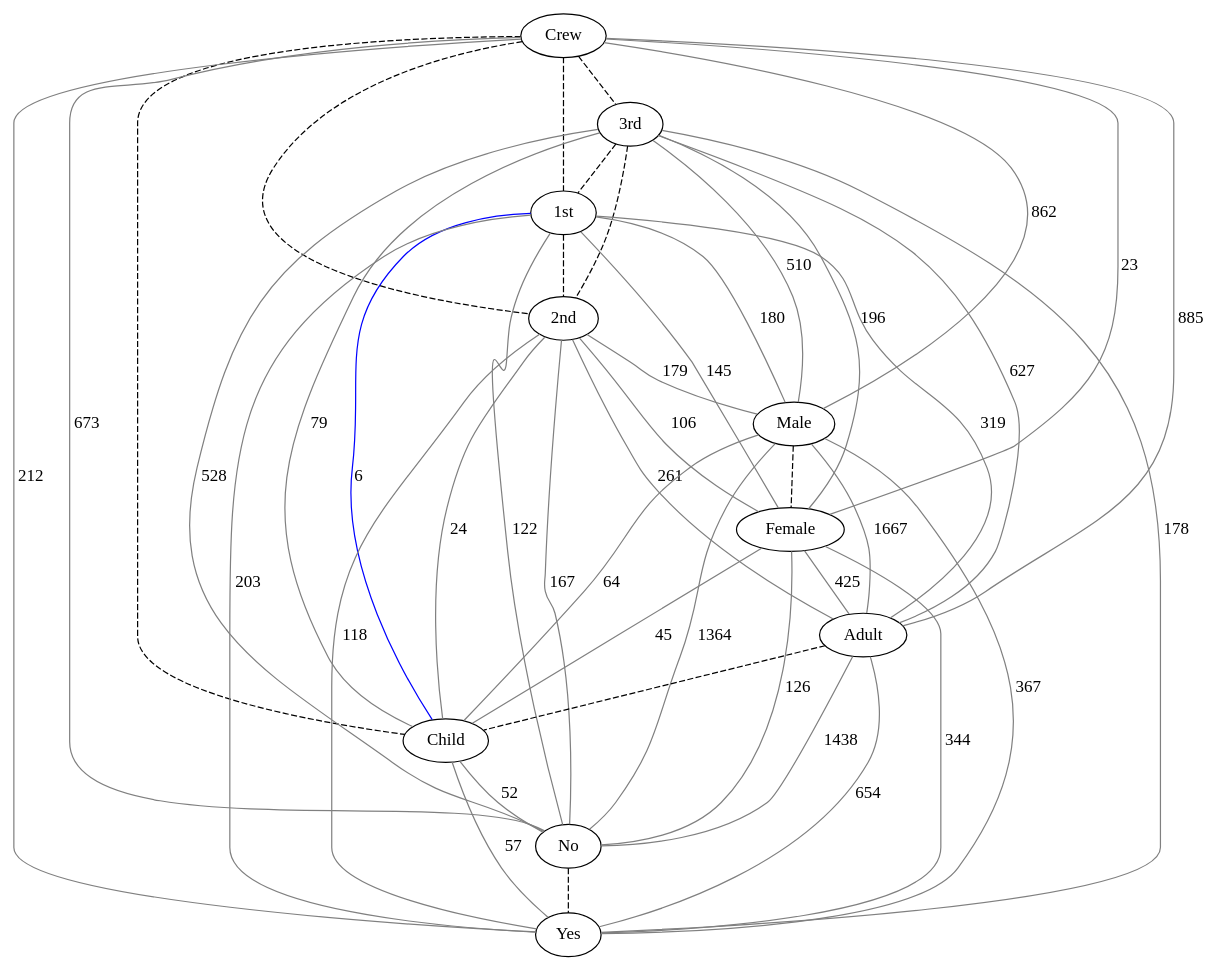
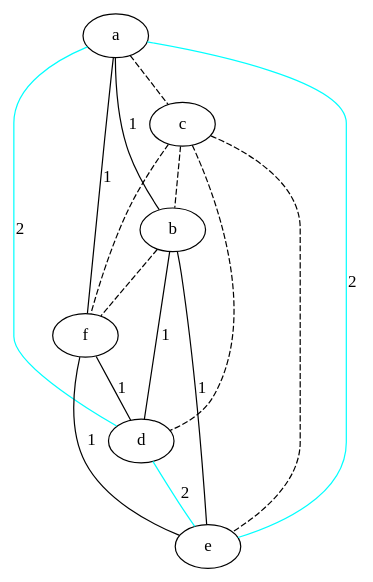
Before and after one commit to lrodrin/TFG: the diagram in src/final/linearGraph.dot, drawn with Graphviz. The commit also changed 8 other files, not shown here.

```diff
--- a/src/final/linearGraph.dot
+++ b/src/final/linearGraph.dot
@@ -1,57 +1,23 @@
 strict graph "" {
-Crew;
-"3rd";
-"1st";
-"2nd";
-Male;
-Female;
-Adult;
-Child;
-No;
-Yes;
-Crew -- "3rd"  [color=black, style=dashed];
-Crew -- "1st"  [color=black, style=dashed];
-Crew -- "2nd"  [color=black, style=dashed];
-Crew -- Male  [color=grey, label=862, style=solid];
-Crew -- Female  [color=grey, label=23, style=solid];
-Crew -- Adult  [color=grey, label=885, style=solid];
-Crew -- Child  [color=black, style=dashed];
-Crew -- No  [color=grey, label=673, style=solid];
-Crew -- Yes  [color=grey, label=212, style=solid];
-"3rd" -- "1st"  [color=black, style=dashed];
-"3rd" -- "2nd"  [color=black, style=dashed];
-"3rd" -- Male  [color=grey, label=510, style=solid];
-"3rd" -- Female  [color=grey, label=196, style=solid];
-"3rd" -- Adult  [color=grey, label=627, style=solid];
-"3rd" -- Child  [color=grey, label=79, style=solid];
-"3rd" -- No  [color=grey, label=528, style=solid];
-"3rd" -- Yes  [color=grey, label=178, style=solid];
-"1st" -- "2nd"  [color=black, style=dashed];
-"1st" -- Male  [color=grey, label=180, style=solid];
-"1st" -- Female  [color=grey, label=145, style=solid];
-"1st" -- Adult  [color=grey, label=319, style=solid];
-"1st" -- Child  [color=blue, label=6, style=solid];
-"1st" -- No  [color=grey, label=122, style=solid];
-"1st" -- Yes  [color=grey, label=203, style=solid];
-"2nd" -- Male  [color=grey, label=179, style=solid];
-"2nd" -- Female  [color=grey, label=106, style=solid];
-"2nd" -- Adult  [color=grey, label=261, style=solid];
-"2nd" -- Child  [color=grey, label=24, style=solid];
-"2nd" -- No  [color=grey, label=167, style=solid];
-"2nd" -- Yes  [color=grey, label=118, style=solid];
-Male -- Female  [color=black, style=dashed];
-Male -- Adult  [color=grey, label=1667, style=solid];
-Male -- Child  [color=grey, label=64, style=solid];
-Male -- No  [color=grey, label=1364, style=solid];
-Male -- Yes  [color=grey, label=367, style=solid];
-Female -- Adult  [color=grey, label=425, style=solid];
-Female -- Child  [color=grey, label=45, style=solid];
-Female -- No  [color=grey, label=126, style=solid];
-Female -- Yes  [color=grey, label=344, style=solid];
-Adult -- Child  [color=black, style=dashed];
-Adult -- No  [color=grey, label=1438, style=solid];
-Adult -- Yes  [color=grey, label=654, style=solid];
-Child -- No  [color=grey, label=52, style=solid];
-Child -- Yes  [color=grey, label=57, style=solid];
-No -- Yes  [color=black, style=dashed];
+a;
+c;
+b;
+f;
+d;
+e;
+a -- c  [color=black, style=dashed];
+a -- b  [color=black, label=1, style=solid];
+a -- f  [color=black, label=1, style=solid];
+a -- d  [color=cyan, label=2, style=solid];
+a -- e  [color=cyan, label=2, style=solid];
+c -- b  [color=black, style=dashed];
+c -- f  [color=black, style=dashed];
+c -- d  [color=black, style=dashed];
+c -- e  [color=black, style=dashed];
+b -- f  [color=black, style=dashed];
+b -- d  [color=black, label=1, style=solid];
+b -- e  [color=black, label=1, style=solid];
+f -- d  [color=black, label=1, style=solid];
+f -- e  [color=black, label=1, style=solid];
+d -- e  [color=cyan, label=2, style=solid];
 }
```
